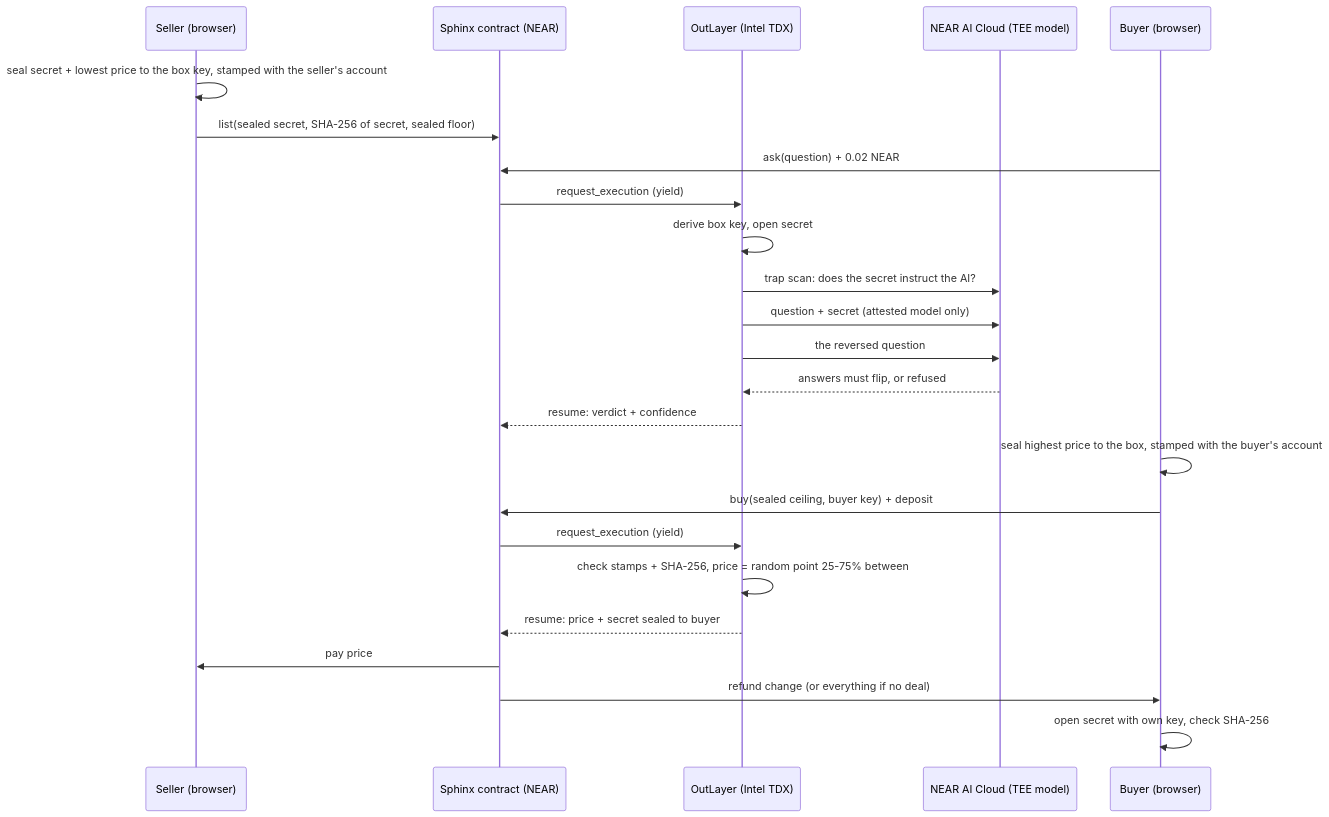
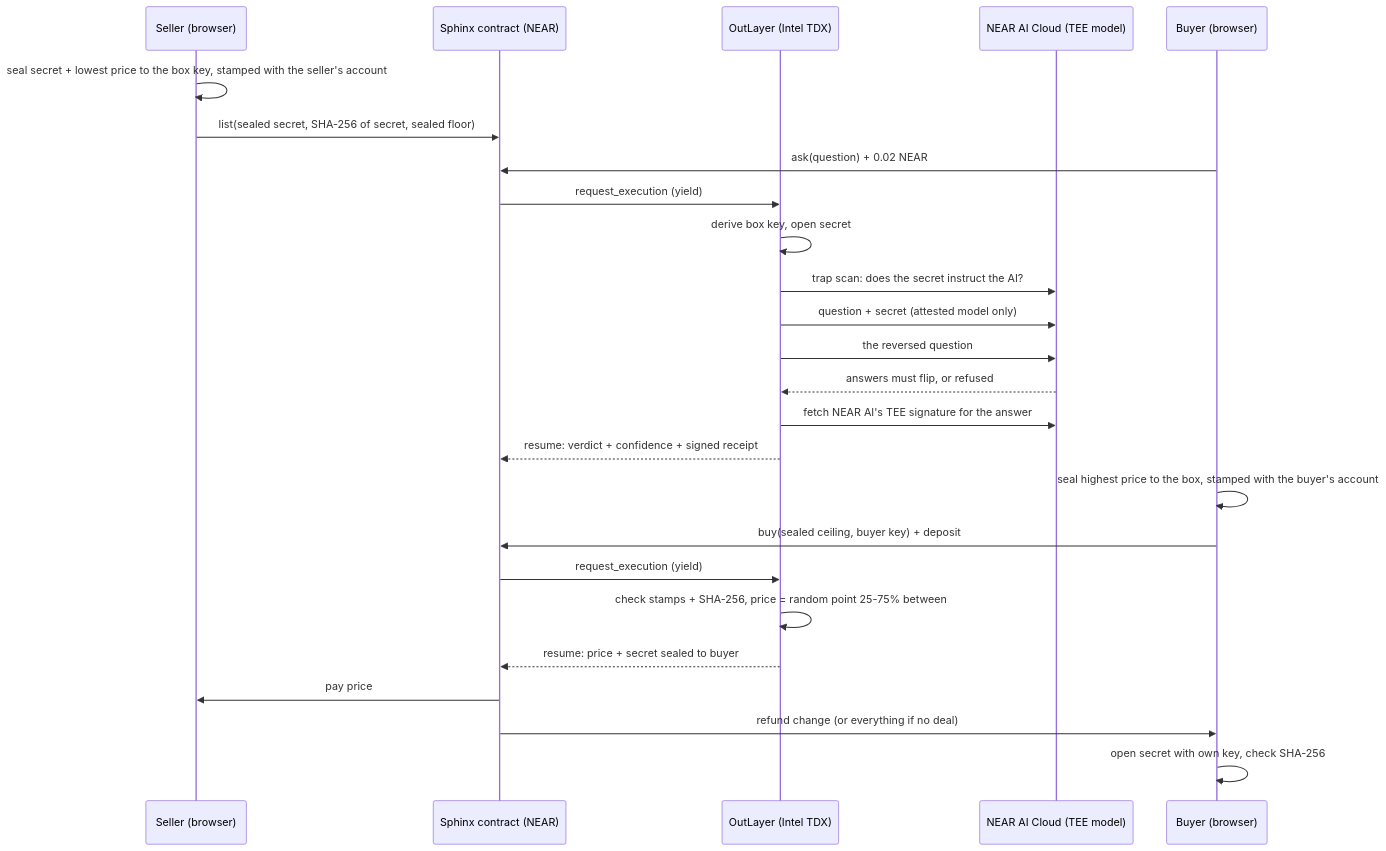
The diagram in README.md (Jennivarl/sphinx), drawn with Mermaid before and after one commit. The commit also changed other lines of this file and 12 other files, not shown here.

Commit message:
Store NEAR AI signature receipts for every answer and verify them in the browser

````diff
--- a/README.md
+++ b/README.md
@@ -18,26 +18,27 @@
 ```mermaid
 sequenceDiagram
   participant S as Seller (browser)
   participant C as Sphinx contract (NEAR)
   participant O as OutLayer (Intel TDX)
   participant AI as NEAR AI Cloud (TEE model)
   participant B as Buyer (browser)
   S->>S: seal secret + lowest price to the box key, stamped with the seller's account
   S->>C: list(sealed secret, SHA-256 of secret, sealed floor)
   B->>C: ask(question) + 0.02 NEAR
   C->>O: request_execution (yield)
   O->>O: derive box key, open secret
   O->>AI: trap scan: does the secret instruct the AI?
   O->>AI: question + secret (attested model only)
   O->>AI: the reversed question
   AI-->>O: answers must flip, or refused
-  O-->>C: resume: verdict + confidence
+  O->>AI: fetch NEAR AI's TEE signature for the answer
+  O-->>C: resume: verdict + confidence + signed receipt
   B->>B: seal highest price to the box, stamped with the buyer's account
   B->>C: buy(sealed ceiling, buyer key) + deposit
   C->>O: request_execution (yield)
   O->>O: check stamps + SHA-256, price = random point 25-75% between
   O-->>C: resume: price + secret sealed to buyer
   C->>S: pay price
   C->>B: refund change (or everything if no deal)
   B->>B: open secret with own key, check SHA-256
 ```
````
